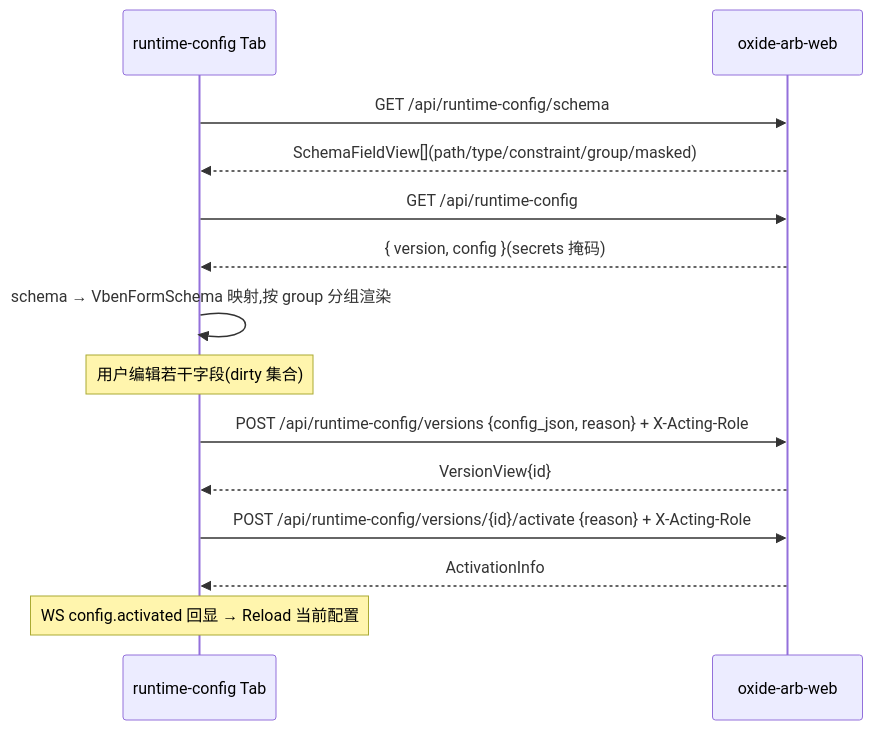
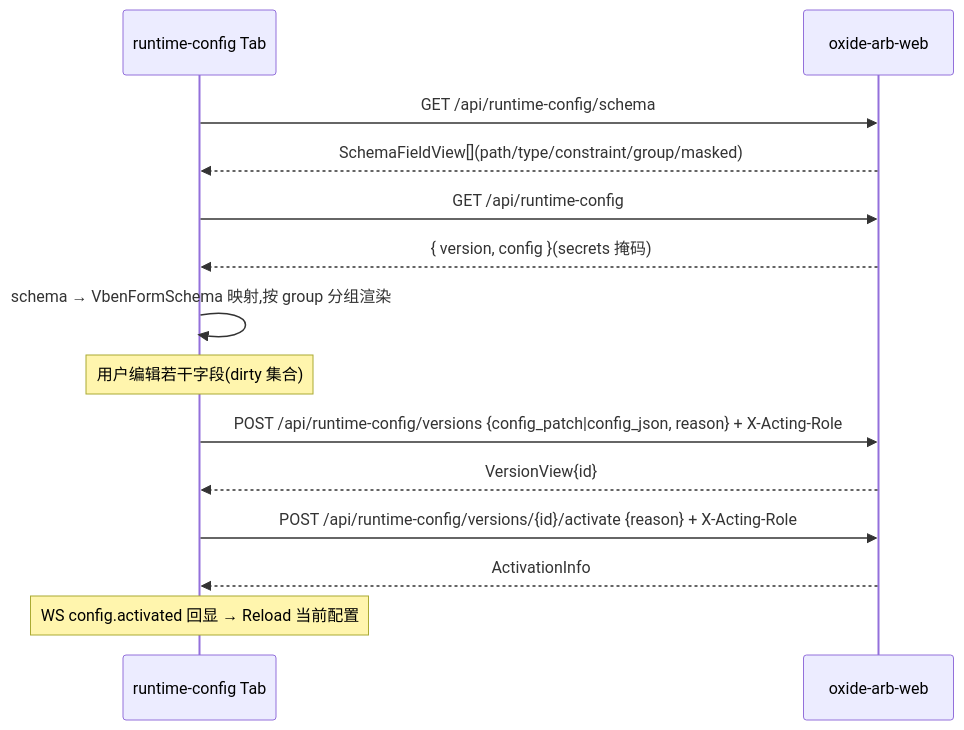
One commit to solomon-ssy/oxide-arb changed the diagram in docs/plans/phase7.6-operations-governance-preferences.md. Above: the diagram before and after it, drawn with Mermaid. The commit also changed other lines of this file and 60 other files, not shown here.

Commit message:
feat(models,web,repository)!: ⚙️ Phase 7.6 — schema-driven runtime config preferences and governance APIs

````diff
--- a/docs/plans/phase7.6-operations-governance-preferences.md
+++ b/docs/plans/phase7.6-operations-governance-preferences.md
@@ -30,16 +30,16 @@
 ```mermaid
 sequenceDiagram
   participant T as runtime-config Tab
   participant B as oxide-arb-web
   T->>B: GET /api/runtime-config/schema
   B-->>T: SchemaFieldView[](path/type/constraint/group/masked)
   T->>B: GET /api/runtime-config
   B-->>T: { version, config }(secrets 掩码)
   T->>T: schema → VbenFormSchema 映射,按 group 分组渲染
   Note over T: 用户编辑若干字段(dirty 集合)
-  T->>B: POST /api/runtime-config/versions {config_json, reason} + X-Acting-Role
+  T->>B: POST /api/runtime-config/versions {config_patch|config_json, reason} + X-Acting-Role
   B-->>T: VersionView{id}
   T->>B: POST /api/runtime-config/versions/{id}/activate {reason} + X-Acting-Role
   B-->>T: ActivationInfo
   Note over T: WS config.activated 回显 → Reload 当前配置
 ```
````
